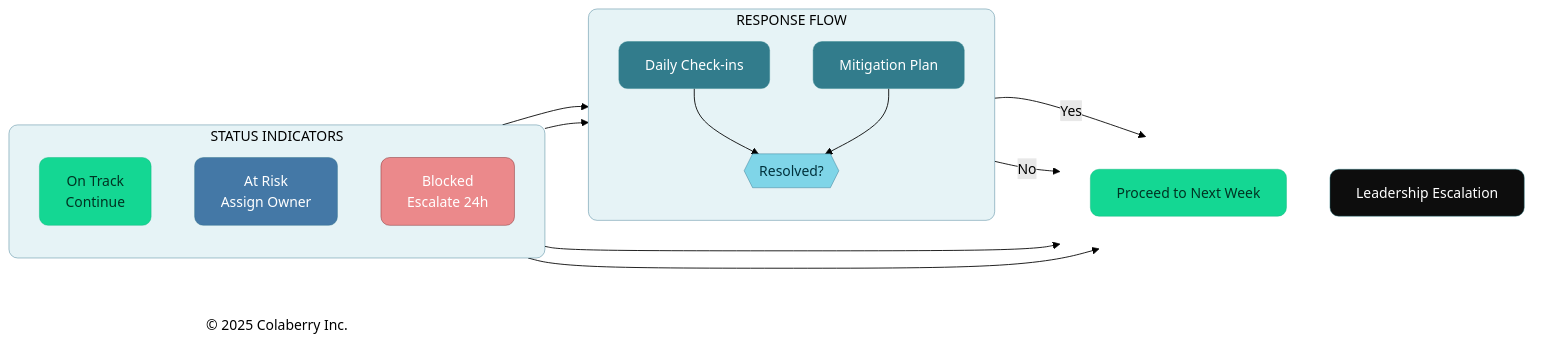
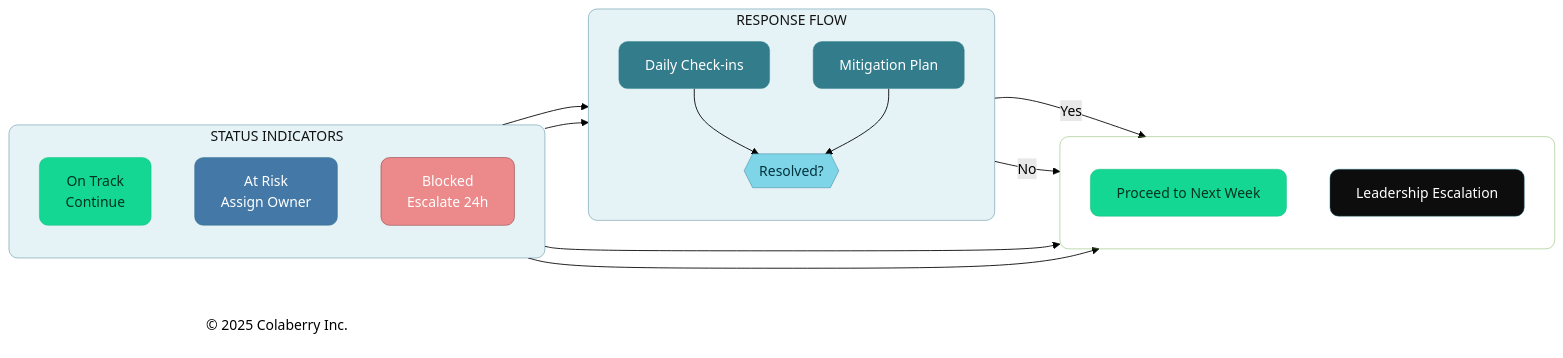
The third of 7 diagrams in manuscript/11_chapter_10_week_by_week_implementation.md (saitejesh-cyber/trust-before-intelligence-book), drawn with Mermaid (forest theme) before and after one commit. The commit also changed other lines of this file and 12 other files, not shown here.

````diff
--- a/manuscript/11_chapter_10_week_by_week_implementation.md
+++ b/manuscript/11_chapter_10_week_by_week_implementation.md
@@ -226,48 +226,48 @@
 ```mermaid
 
 graph LR
     subgraph STATUS["STATUS INDICATORS"]
         direction TB
         GREEN["On Track<br/>Continue"]
         YELLOW["At Risk<br/>Assign Owner"]
         RED["Blocked<br/>Escalate 24h"]
     end
     
     subgraph ACTIONS["RESPONSE FLOW"]
         direction TB
         R1["Daily Check-ins"]
         R2["Mitigation Plan"]
         RESOLVED{{"Resolved?"}}
         R1 --> RESOLVED
         R2 --> RESOLVED
     end
     
     subgraph OUTCOMES[" "]
         direction TB
         CONTINUE["Proceed to Next Week"]
         ESCALATE["Leadership Escalation"]
     end
     
     Copyright["© 2025 Colaberry Inc."]
     
     GREEN --> CONTINUE
     YELLOW --> R1
     YELLOW --> R2
     RED --> ESCALATE
     RESOLVED -->|"Yes"| CONTINUE
     RESOLVED -->|"No"| ESCALATE
     
-    style STATUS fill:#E6F3F6,stroke:#32738C,stroke-width:0.5px,color:#000000,rx:10,ry:10
-    style ACTIONS fill:#E6F3F6,stroke:#32738C,stroke-width:0.5px,color:#000000,rx:10,ry:10
-    style OUTCOMES fill:none,stroke:none,rx:10,ry:10
+    style STATUS fill:#E6F3F6,stroke:#32738C,stroke-width:0.5px,color:#121212,rx:10,ry:10
+    style ACTIONS fill:#E6F3F6,stroke:#32738C,stroke-width:0.5px,color:#121212,rx:10,ry:10
+    style OUTCOMES fill:none,stroke-width:0.5px,color:#121212,rx:10,ry:10
     style GREEN fill:#14D793,stroke:#0FB67D,stroke-width:0.5px,color:#003322,rx:10,ry:10
     style YELLOW fill:#4478A6,stroke:#32738C,stroke-width:0.5px,color:#ffffff,rx:10,ry:10
     style RED fill:#EB898B,stroke:#7A1F22,stroke-width:0.5px,color:#ffffff,rx:10,ry:10
     style R1 fill:#327C8C,stroke:#30838C,stroke-width:0.5px,color:#ffffff,rx:10,ry:10
     style R2 fill:#327C8C,stroke:#30838C,stroke-width:0.5px,color:#ffffff,rx:10,ry:10
     style RESOLVED fill:#7FD5E8,stroke:#32738C,stroke-width:0.5px,color:#00323D,rx:10,ry:10
     style CONTINUE fill:#14D793,stroke:#0FB67D,stroke-width:0.5px,color:#003322,rx:10,ry:10
     style ESCALATE fill:#0D0D0D,stroke:#30838C,stroke-width:0.5px,color:#ffffff,rx:10,ry:10
     style Copyright fill:none,stroke:none,color:#000000
 
 ```
````
